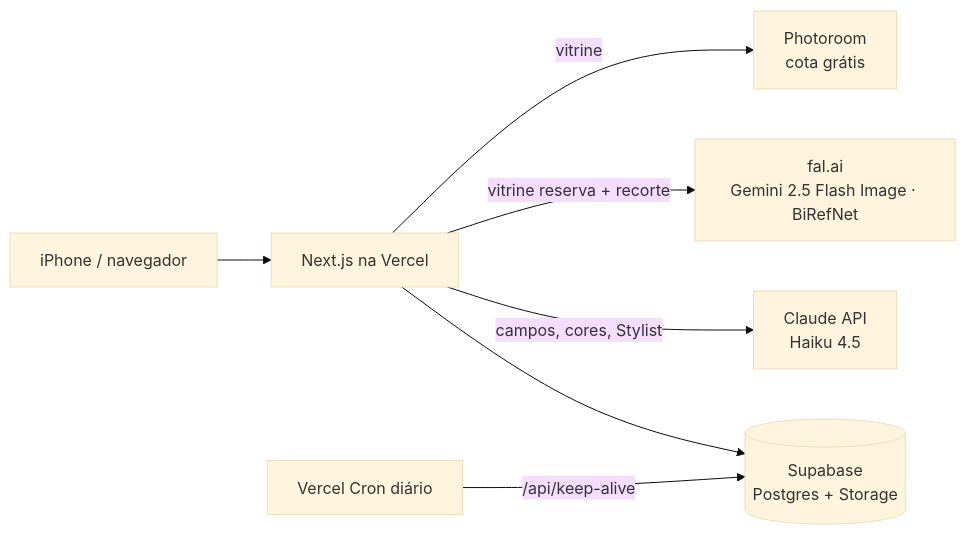
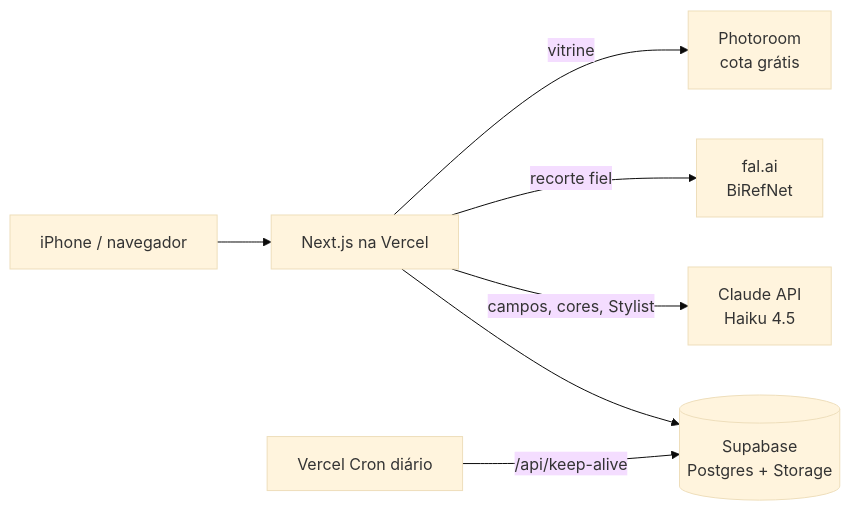
One commit to MarinaCarvalhoXavier/muse-app changed the diagram in README.md. Above: the diagram before and after it, drawn with Mermaid (base theme). The commit also changed other lines of this file, not shown here.

Commit message:
README: troca da vitrine generativa pelo recorte fiel e o porquê

````diff
--- a/README.md
+++ b/README.md
@@ -44,9 +44,9 @@
 ```mermaid
 flowchart LR
     U[iPhone / navegador] --> N[Next.js na Vercel]
     N -->|vitrine| P[Photoroom<br/>cota grátis]
-    N -->|vitrine reserva + recorte| F[fal.ai<br/>Gemini 2.5 Flash Image · BiRefNet]
+    N -->|recorte fiel| F[fal.ai<br/>BiRefNet]
     N -->|campos, cores, Stylist| C[Claude API<br/>Haiku 4.5]
     N --> S[(Supabase<br/>Postgres + Storage)]
     V[Vercel Cron diário] -->|/api/keep-alive| S
 ```
````
